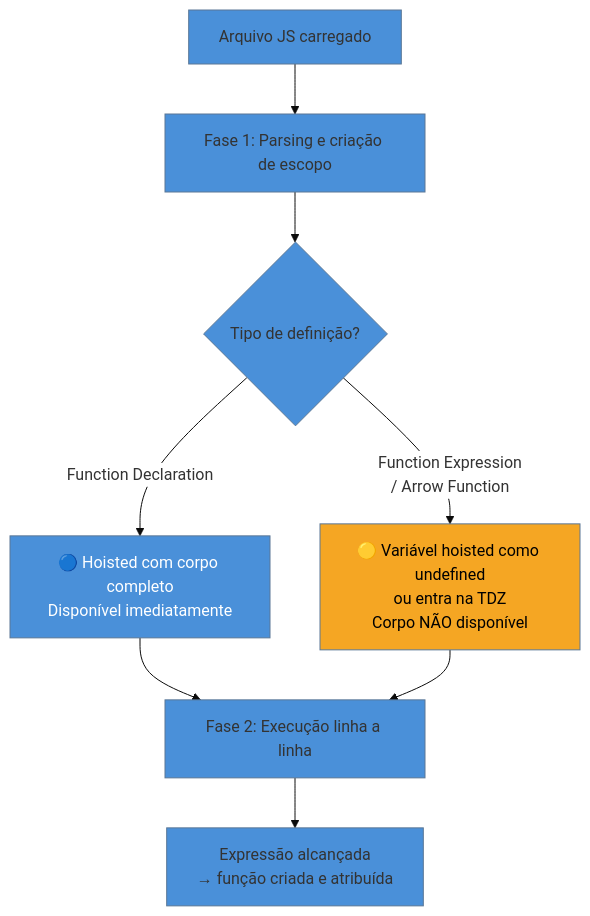
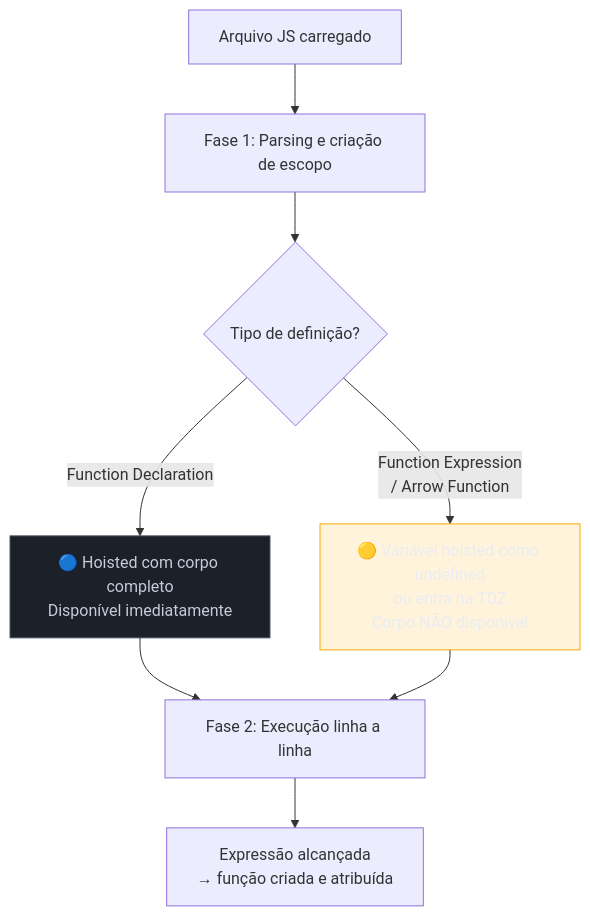
The first of 2 diagrams in 03-Dominios/Tecnologia/JavaScript/05 - Funções.md (josenaldo/codex-technomanticus), drawn with Mermaid before and after one commit. The commit also changed other lines of this file and 1181 other files, not shown here.

First line of the commit message:
fix(diagramas): paleta do sistema no lugar de cor cravada no markdown

````diff
--- a/03-Dominios/Tecnologia/JavaScript/05 - Funções.md
+++ b/03-Dominios/Tecnologia/JavaScript/05 - Funções.md
@@ -137,14 +137,15 @@
 ```mermaid
-%%{init: {"theme": "base", "themeVariables": {"primaryColor": "#4A90D9", "edgeLabelBackground": "#ffffff"}}}%%
 graph TD
+    classDef neutro fill:#1B2029,stroke:#4E5666,color:#C6CCD8
+    classDef destaque fill:#FFAA0024,stroke:#FFAA00,color:#E9ECF2
     A[Arquivo JS carregado] --> B[Fase 1: Parsing e criação de escopo]
     B --> C{Tipo de definição?}
     C -->|Function Declaration| D["🔵 Hoisted com corpo completo\nDisponível imediatamente"]
     C -->|Function Expression\n/ Arrow Function| E["🟡 Variável hoisted como undefined\nou entra na TDZ\nCorpo NÃO disponível"]
     D --> F[Fase 2: Execução linha a linha]
     E --> F
     F --> G[Expressão alcançada\n→ função criada e atribuída]
 
-    style D fill:#4A90D9,color:#fff
-    style E fill:#F5A623,color:#000
+    class D neutro
+    class E destaque
 ```
````
